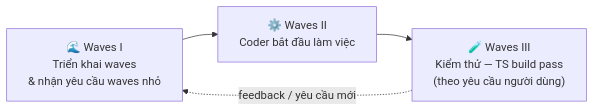
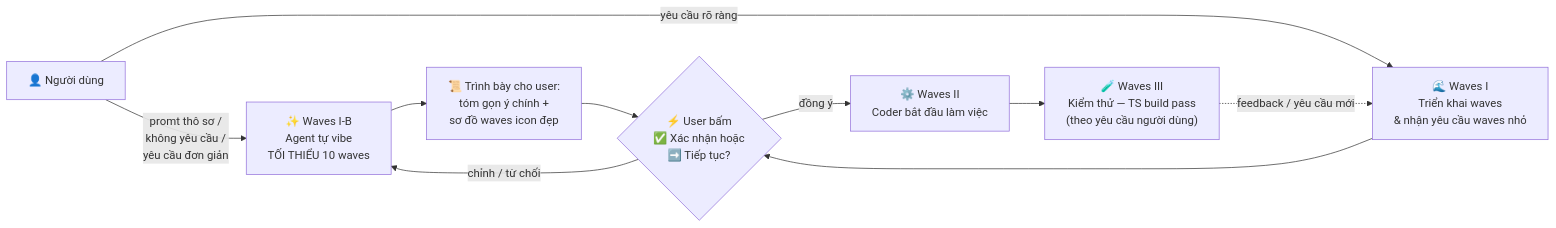
Before and after one commit to duyzoz/AUTO-QUEST: the first of 4 diagrams in README.md, drawn with Mermaid. The commit also changed other lines of this file and 1 other file, not shown here.

Commit message:
docs(waves): them Waves I-B tu vibe 10 waves + BƯỚC 0 nhan dien model (step-5-preview)

````diff
--- a/README.md
+++ b/README.md
@@ -20,6 +26,12 @@
 ```mermaid
 flowchart LR
-    I["🌊 Waves I<br/>Triển khai waves<br/>& nhận yêu cầu waves nhỏ"] --> II["⚙️ Waves II<br/>Coder bắt đầu làm việc"]
-    II --> III["🧪 Waves III<br/>Kiểm thử — TS build pass<br/>(theo yêu cầu người dùng)"]
+    U["👤 Người dùng"] -->|"promt thô sơ /<br/>không yêu cầu /<br/>yêu cầu đơn giản"| V["✨ Waves I-B<br/>Agent tự vibe<br/>TỐI THIỂU 10 waves"]
+    V --> P["📜 Trình bày cho user:<br/>tóm gọn ý chính +<br/>sơ đồ waves icon đẹp"]
+    P --> Q{"⚡ User bấm<br/>✅ Xác nhận hoặc<br/>➡️ Tiếp tục?"}
+    Q -->|"đồng ý"| II
+    Q -->|"chỉnh / từ chối"| V
+    U -->|"yêu cầu rõ ràng"| I["🌊 Waves I<br/>Triển khai waves<br/>& nhận yêu cầu waves nhỏ"]
+    I --> Q
+    II["⚙️ Waves II<br/>Coder bắt đầu làm việc"] --> III["🧪 Waves III<br/>Kiểm thử — TS build pass<br/>(theo yêu cầu người dùng)"]
     III -.->|"feedback / yêu cầu mới"| I
 ```
````
